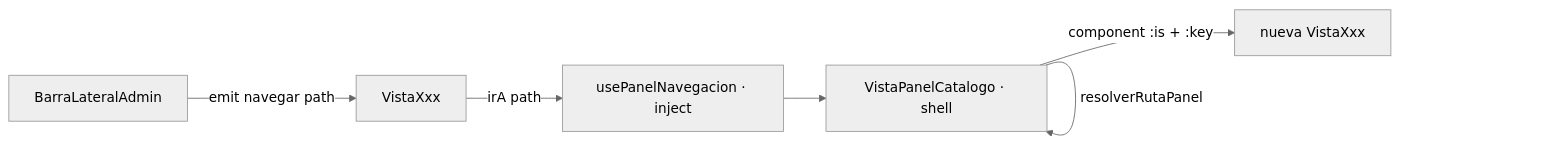
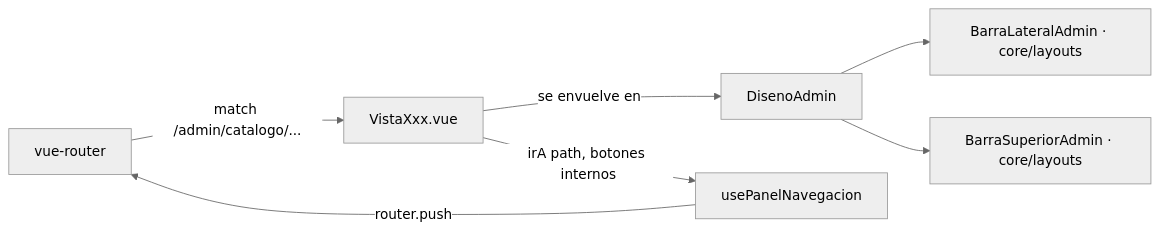
The third of 3 diagrams in frontend/src/modules/m01-dashboardcatalogo/ARQUITECTURA.md (pintuclic/pintuclic), drawn with Mermaid (neutral theme) before and after one commit. The commit also changed other lines of this file and 8 other files, not shown here.

````diff
--- a/frontend/src/modules/m01-dashboardcatalogo/ARQUITECTURA.md
+++ b/frontend/src/modules/m01-dashboardcatalogo/ARQUITECTURA.md
@@ -141,8 +145,9 @@
 ```mermaid
 graph LR
-    SL[BarraLateralAdmin] -->|emit navegar path| V[VistaXxx]
-    V -->|irA path| N[usePanelNavegacion · inject]
-    N --> SH[VistaPanelCatalogo · shell]
-    SH -->|resolverRutaPanel| SH
-    SH -->|component :is + :key| V2[nueva VistaXxx]
+    R[vue-router] -->|match /admin/catalogo/...| V[VistaXxx.vue]
+    V -->|se envuelve en| DA[DisenoAdmin]
+    DA --> SL[BarraLateralAdmin · core/layouts]
+    DA --> ST[BarraSuperiorAdmin · core/layouts]
+    V -->|irA path, botones internos| N[usePanelNavegacion]
+    N -->|router.push| R
 ```
````
